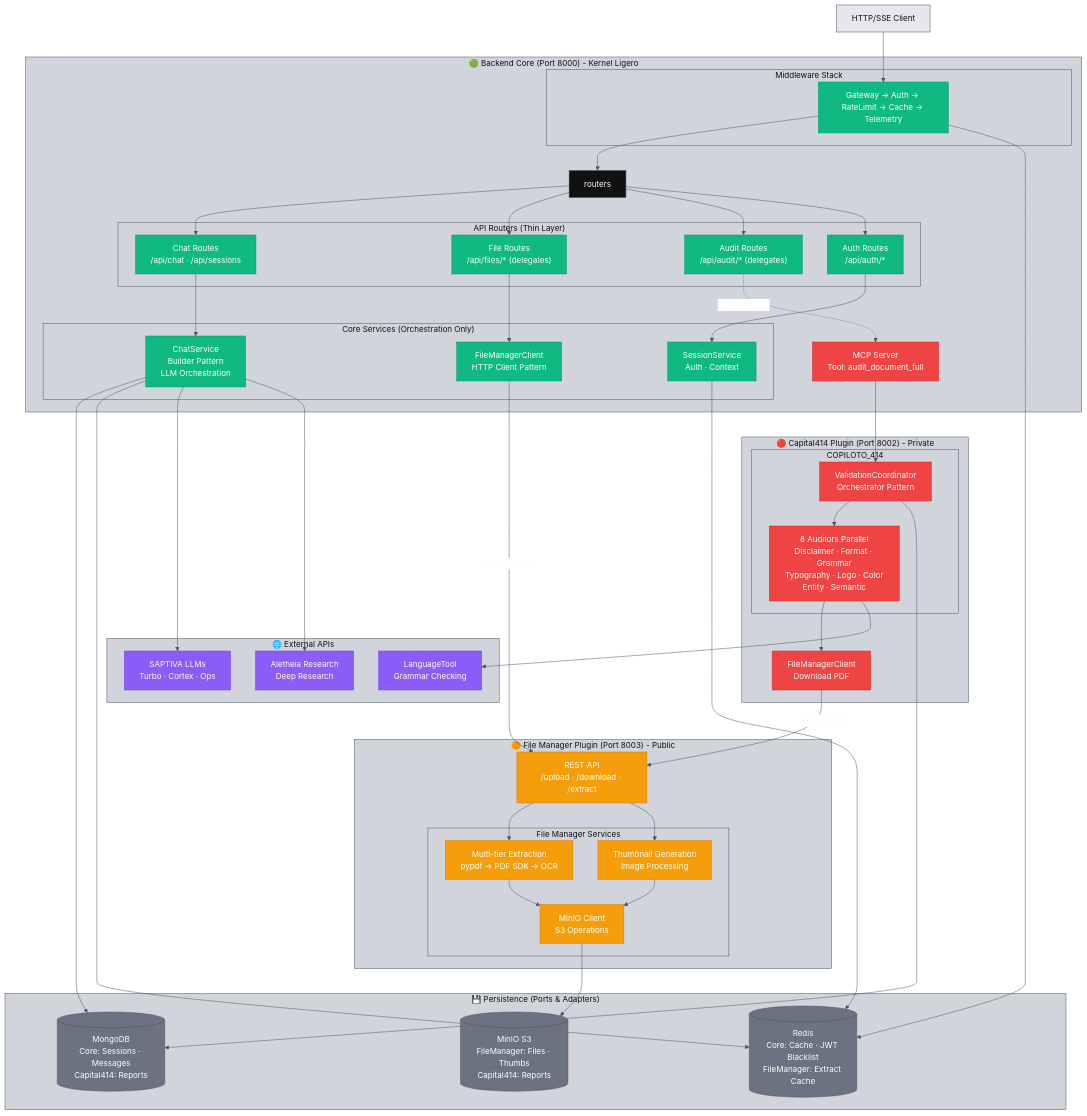
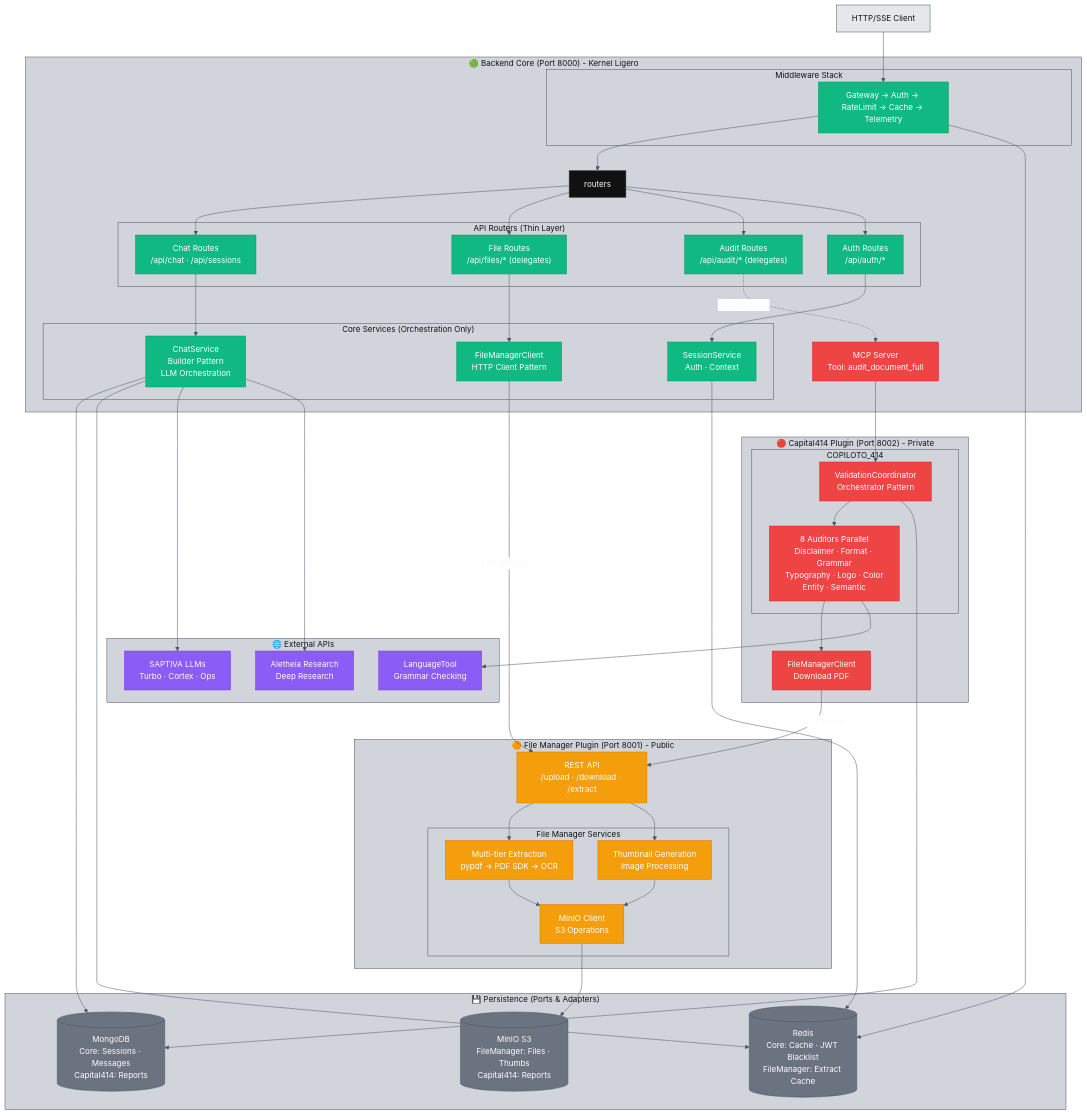
The sixth of 11 diagrams in README.md (saptiva-ai/octavios-chat), drawn with Mermaid before and after one commit. The commit also changed other lines of this file and 14 other files, not shown here.

First line of the commit message:
refactor: change File Manager port from 8003 to 8001

```diff
--- a/README.md
+++ b/README.md
@@ -788,7 +951,7 @@
         auth_r --> session_svc
     end
 
-    subgraph FileManagerPlugin["🟠 File Manager Plugin (Port 8003) - Public"]
+    subgraph FileManagerPlugin["🟠 File Manager Plugin (Port 8001) - Public"]
         fm_api["REST API<br/>/upload · /download · /extract"]:::plugin_public
 
         subgraph FileManagerServices["File Manager Services"]
```
